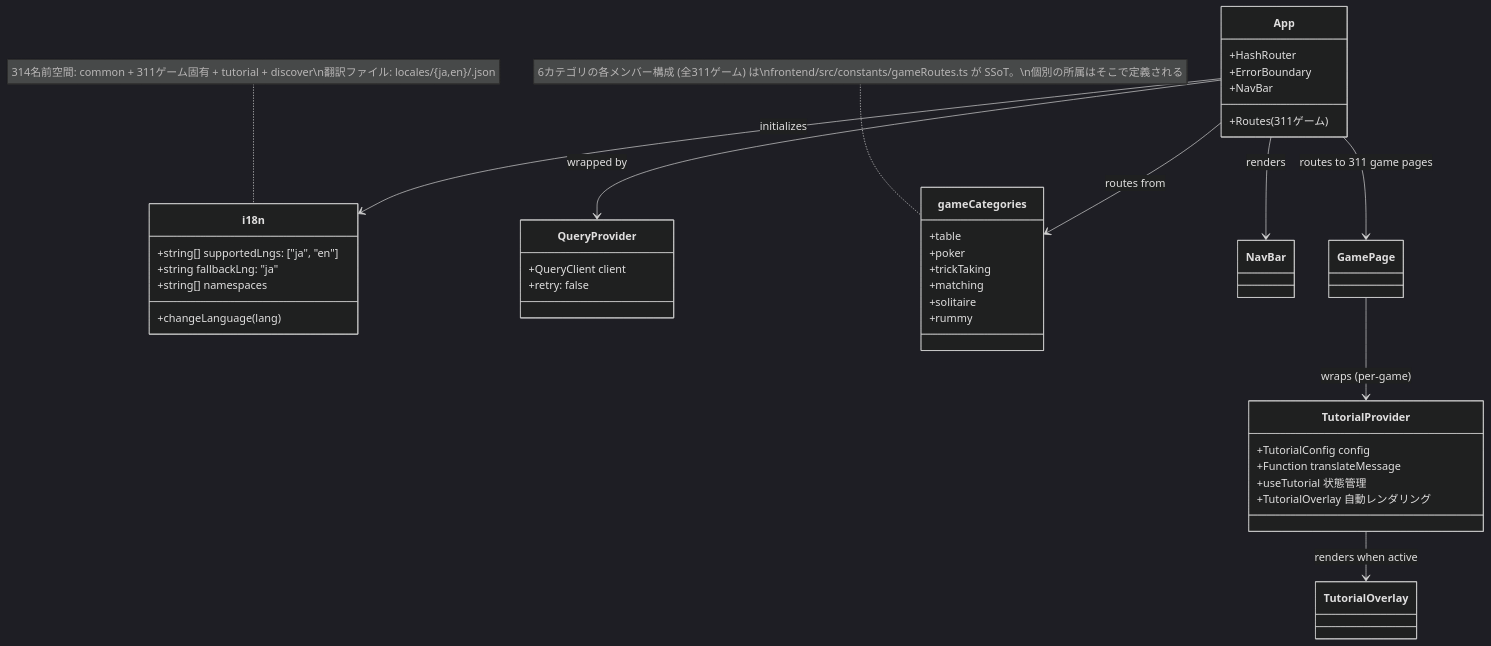
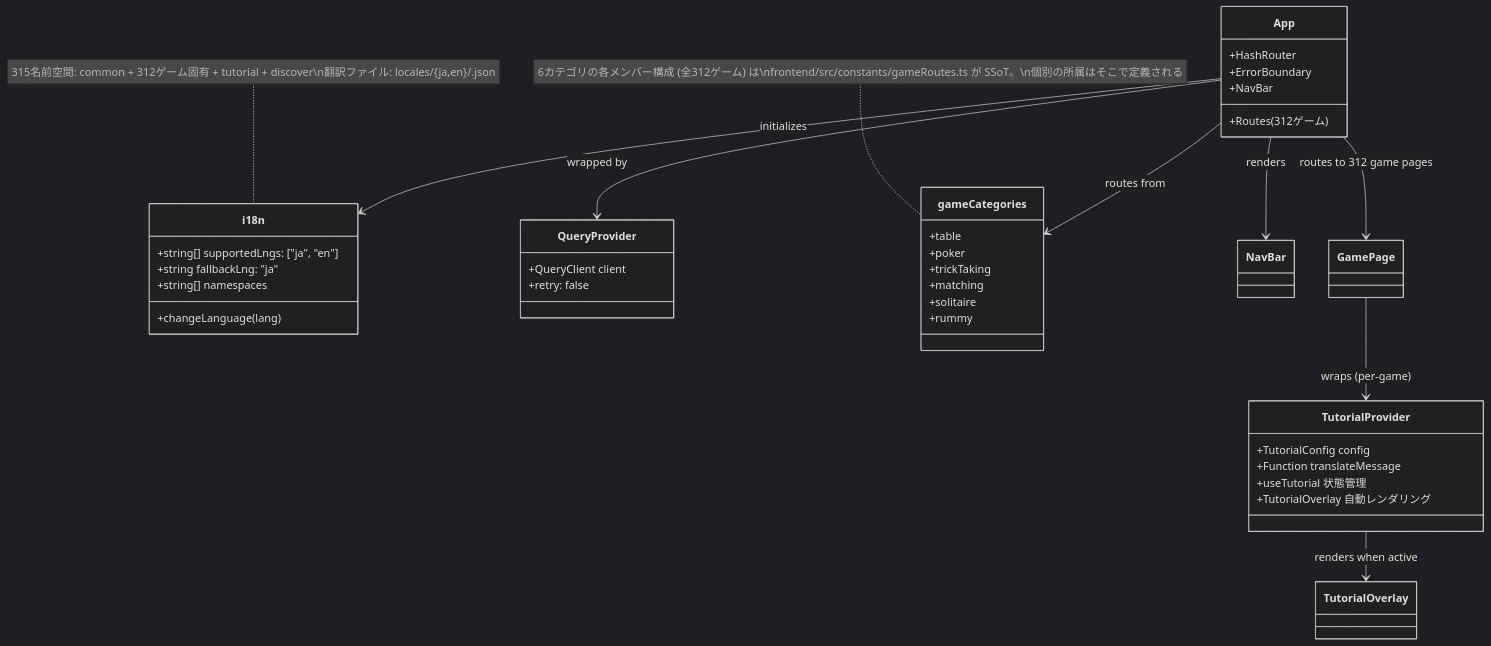
Before and after one commit to yuta-yoshinaga/go_trumpcards: the ninth of 49 diagrams in docs/design/frontend.md, drawn with Mermaid (dark theme). The commit also changed other lines of this file and 65 other files, not shown here.

````diff
--- a/docs/design/frontend.md
+++ b/docs/design/frontend.md
@@ -1869,48 +1869,48 @@
 ```mermaid
 classDiagram
     class i18n {
         +string[] supportedLngs: ["ja", "en"]
         +string fallbackLng: "ja"
         +string[] namespaces
         +changeLanguage(lang)
     }
 
     class QueryProvider {
         +QueryClient client
         +retry: false
     }
 
     class App {
         +HashRouter
         +ErrorBoundary
         +NavBar
-        +Routes (311ゲーム)
+        +Routes (312ゲーム)
     }
 
     class gameCategories {
         +table
         +poker
         +trickTaking
         +matching
         +solitaire
         +rummy
     }
-    note for gameCategories "6カテゴリの各メンバー構成 (全311ゲーム) は\nfrontend/src/constants/gameRoutes.ts が SSoT。\n個別の所属はそこで定義される"
+    note for gameCategories "6カテゴリの各メンバー構成 (全312ゲーム) は\nfrontend/src/constants/gameRoutes.ts が SSoT。\n個別の所属はそこで定義される"
 
     class TutorialProvider {
         +TutorialConfig config
         +Function translateMessage
         +useTutorial 状態管理
         +TutorialOverlay 自動レンダリング
     }
 
     App --> QueryProvider : wrapped by
     App --> i18n : initializes
     App --> gameCategories : routes from
     App --> NavBar : renders
-    App --> GamePage : routes to 311 game pages
+    App --> GamePage : routes to 312 game pages
     GamePage --> TutorialProvider : wraps (per-game)
     TutorialProvider --> TutorialOverlay : renders when active
 
-    note for i18n "314名前空間: common + 311ゲーム固有 + tutorial + discover\n翻訳ファイル: locales/{ja,en}/<game>.json"
+    note for i18n "315名前空間: common + 312ゲーム固有 + tutorial + discover\n翻訳ファイル: locales/{ja,en}/<game>.json"
 ```
````
